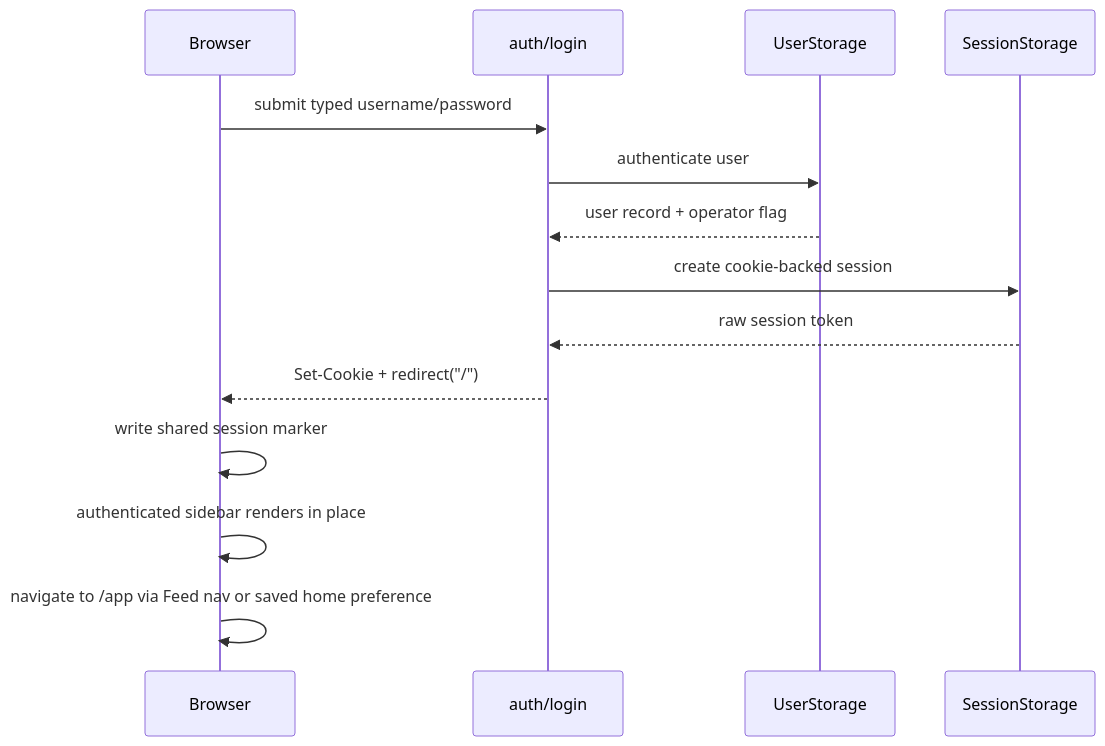
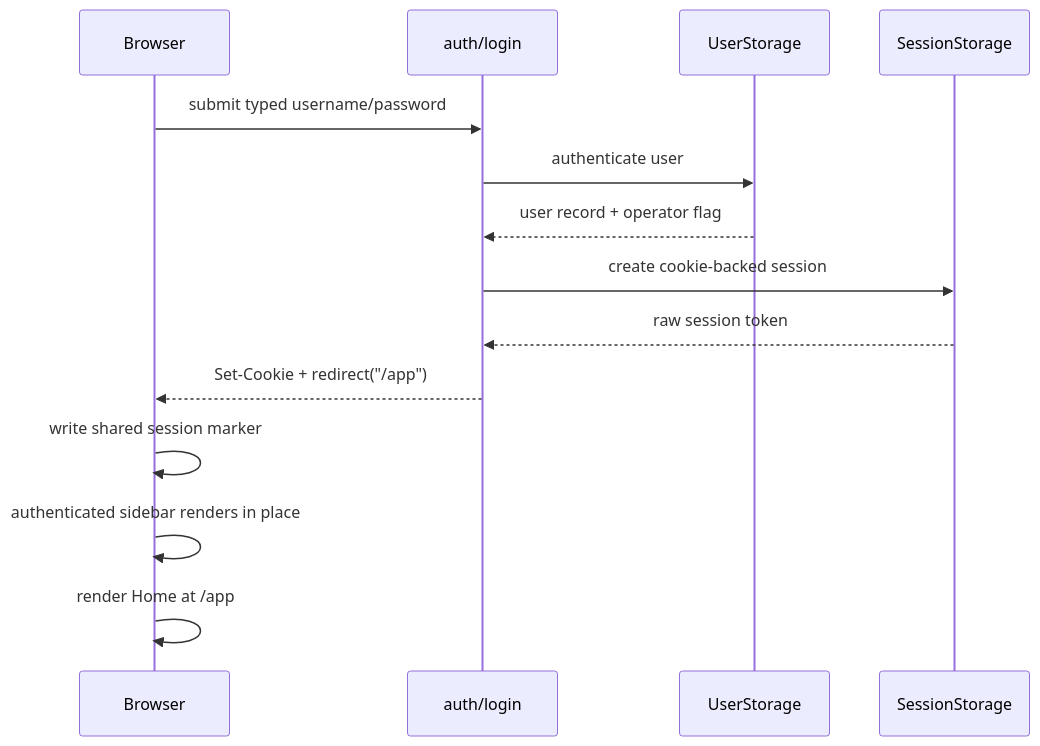
One commit to jaunder-org/jaunder changed the diagram in docs/flows/authentication.md. Above: the diagram before and after it, drawn with Mermaid. The commit also changed other lines of this file and 57 other files, not shown here.

Commit message:
refactor(web): distinguish Local and Home timelines

````diff
--- a/docs/flows/authentication.md
+++ b/docs/flows/authentication.md
@@ -42,17 +42,17 @@
 ```mermaid
 sequenceDiagram
     participant Browser
     participant Auth as auth/login
     participant Users as UserStorage
     participant Sessions as SessionStorage
 
     Browser->>Auth: submit typed username/password
     Auth->>Users: authenticate user
     Users-->>Auth: user record + operator flag
     Auth->>Sessions: create cookie-backed session
     Sessions-->>Auth: raw session token
-    Auth-->>Browser: Set-Cookie + redirect("/")
+    Auth-->>Browser: Set-Cookie + redirect("/app")
     Browser->>Browser: write shared session marker
     Browser->>Browser: authenticated sidebar renders in place
-    Browser->>Browser: navigate to /app via Feed nav or saved home preference
+    Browser->>Browser: render Home at /app
 ```
````
